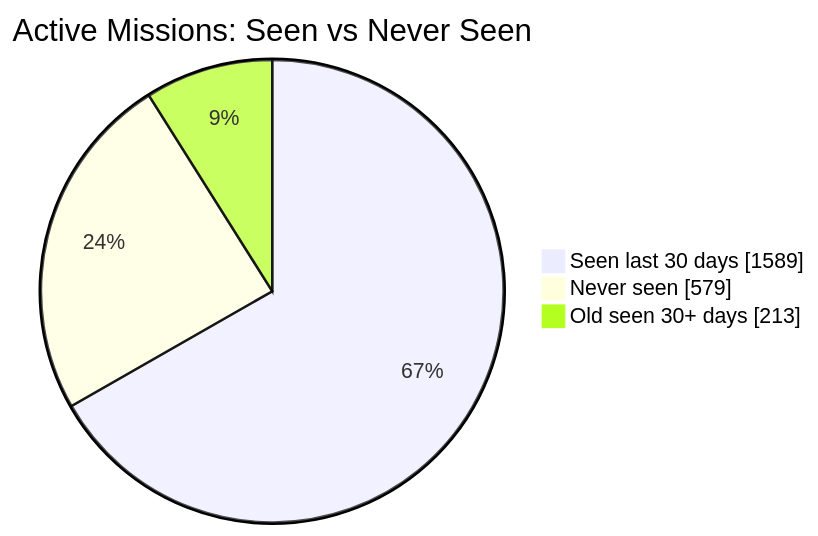
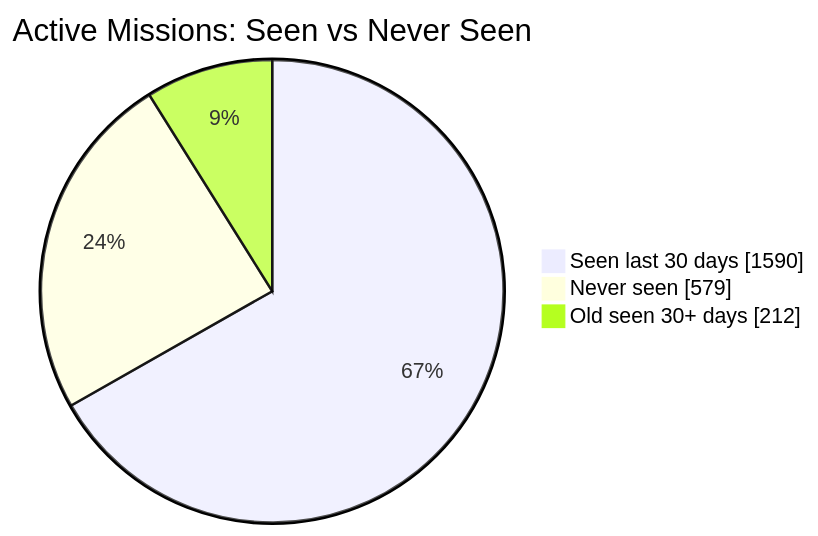
The first of 2 diagrams in README.md (MeldkamerspelGameTeam/active-missions), drawn with Mermaid before and after one commit. The commit also changed other lines of this file and 2 other files, not shown here.

````diff
--- a/README.md
+++ b/README.md
@@ -34,7 +34,7 @@
 ```mermaid
 pie showData
     title Active Missions: Seen vs Never Seen
-    "Seen last 30 days" : 1589
+    "Seen last 30 days" : 1590
     "Never seen" : 579
-    "Old seen 30+ days" : 213
+    "Old seen 30+ days" : 212
 ```
````
